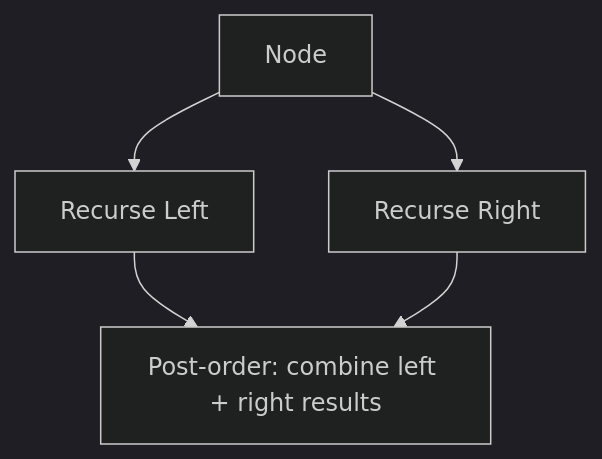
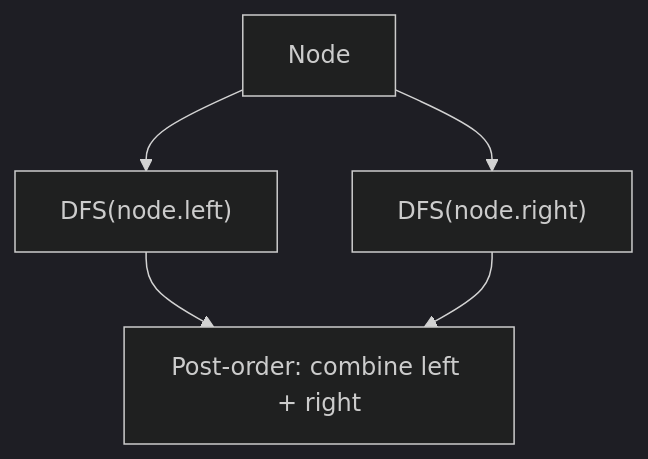
One commit to SanjayR857/All-in-One-Notes changed the diagram in grokking-coding-interview/14-tree-dfs.md. Above: the diagram before and after it, drawn with Mermaid (dark theme). The commit also changed other lines of this file and 22 other files, not shown here.

````diff
--- a/grokking-coding-interview/14-tree-dfs.md
+++ b/grokking-coding-interview/14-tree-dfs.md
@@ -20,7 +20,7 @@
 ```mermaid
 flowchart TD
-    Root["Node"] --> L["Recurse Left"]
-    Root --> R["Recurse Right"]
-    L --> Combine["Post-order: combine left + right results"]
+    Root["Node"] --> L["DFS(node.left)"]
+    Root --> R["DFS(node.right)"]
+    L --> Combine["Post-order: combine left + right"]
     R --> Combine
 ```
````
